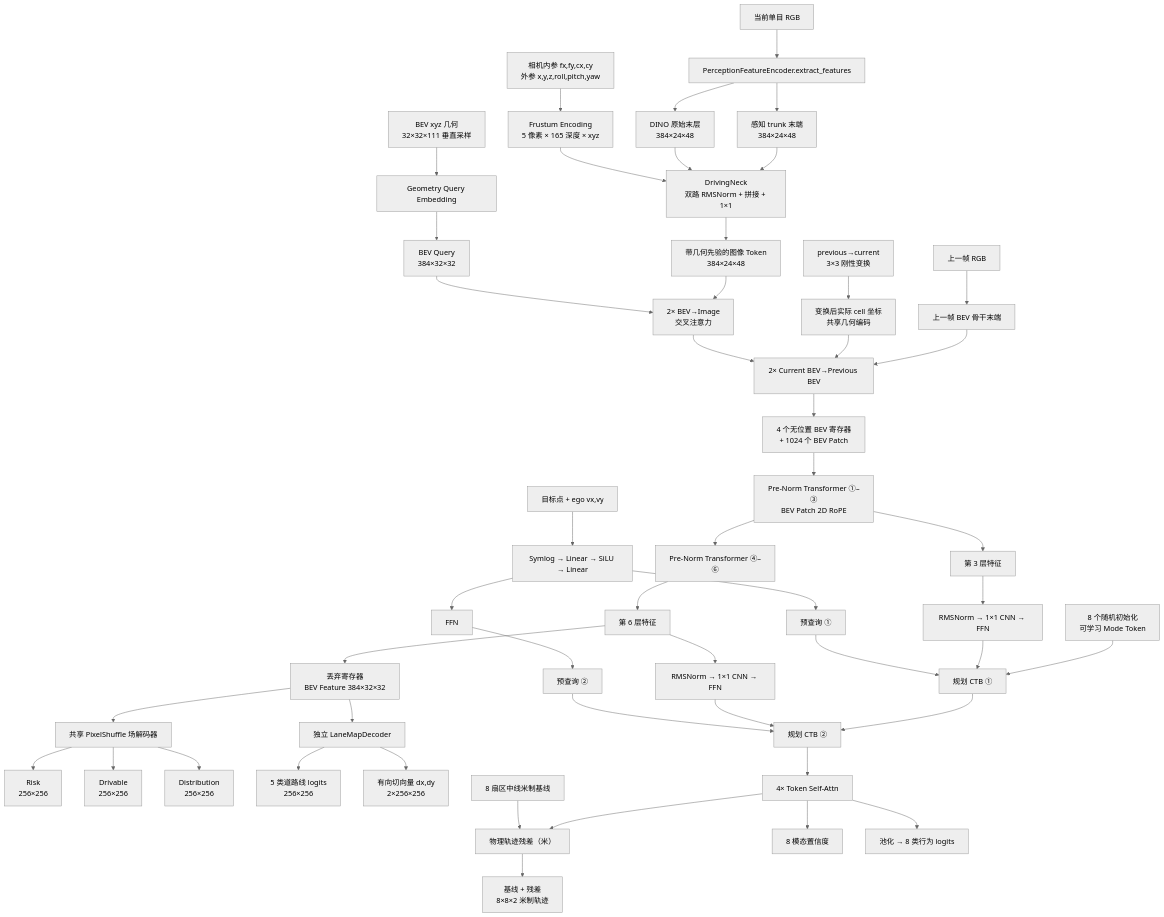
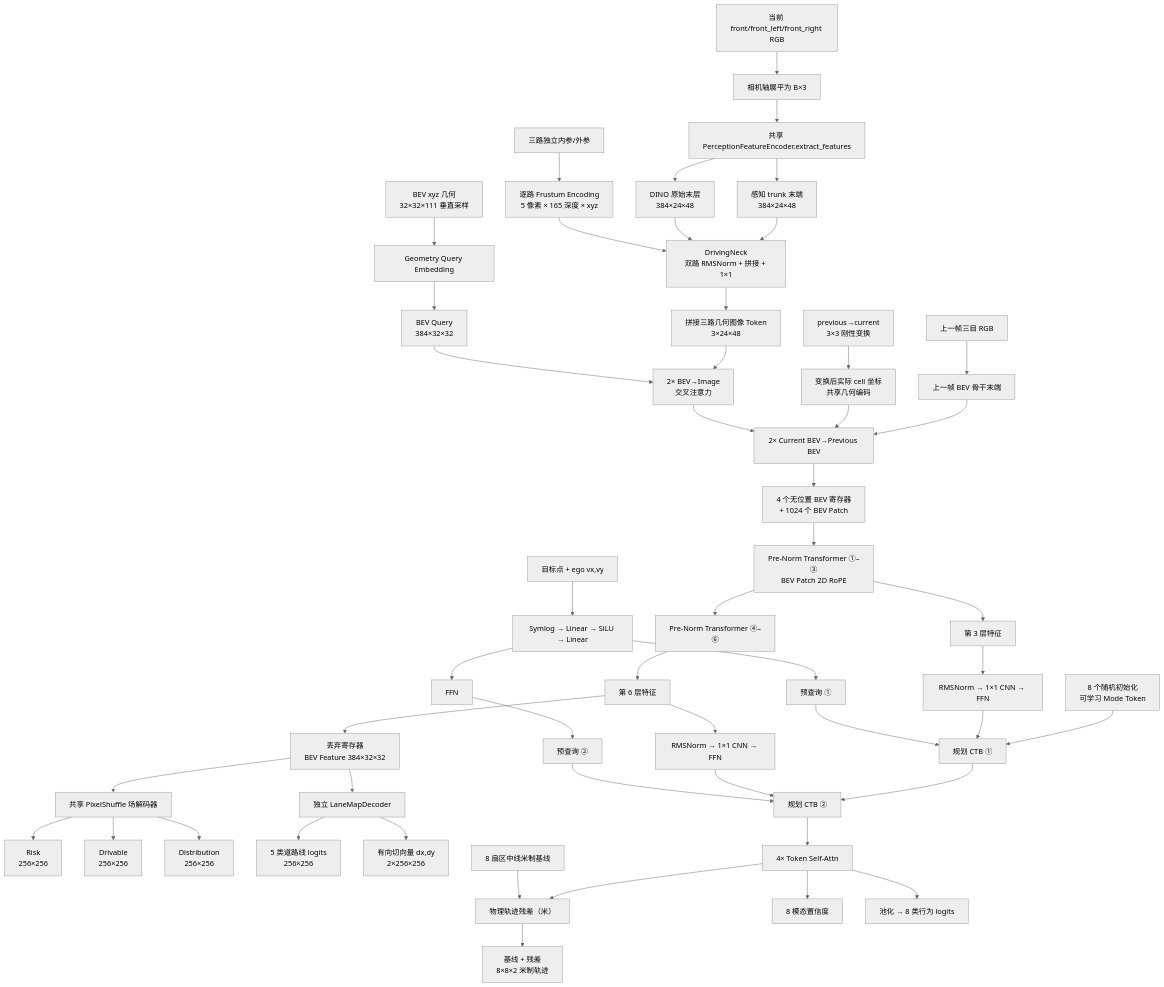
Before and after one commit to ByteDriveTeam/ByteDrive-Toy: the fourth of 9 diagrams in README.md, drawn with Mermaid (neutral theme). The commit also changed other lines of this file and 27 other files, not shown here.

````diff
--- a/README.md
+++ b/README.md
@@ -304,52 +305,53 @@
 ```mermaid
 flowchart TB
-    RGB["当前单目 RGB"] --> P["PerceptionFeatureEncoder.extract_features"]
+    RGB["当前 front/front_left/front_right RGB"] --> FLAT["相机轴展平为 B×3"]
+    FLAT --> P["共享 PerceptionFeatureEncoder.extract_features"]
     P --> T["感知 trunk 末端<br/>384×24×48"]
     P --> R["DINO 原始末层<br/>384×24×48"]
 
     T --> NECK["DrivingNeck<br/>双路 RMSNorm + 拼接 + 1×1"]
     R --> NECK
-    CALIB["相机内参 fx,fy,cx,cy<br/>外参 x,y,z,roll,pitch,yaw"] --> FR["Frustum Encoding<br/>5 像素 × 165 深度 × xyz"]
+    CALIB["三路独立内参/外参"] --> FR["逐路 Frustum Encoding<br/>5 像素 × 165 深度 × xyz"]
     FR --> NECK
-    NECK --> IMG["带几何先验的图像 Token<br/>384×24×48"]
+    NECK --> IMG["拼接三路几何图像 Token<br/>3×24×48"]
 
     GRID["BEV xyz 几何<br/>32×32×111 垂直采样"] --> QUERY["Geometry Query Embedding"]
     QUERY --> BEVQ["BEV Query<br/>384×32×32"]
     IMG --> CROSS["2× BEV→Image<br/>交叉注意力"]
     BEVQ --> CROSS
-    PRGB["上一帧 RGB"] --> PBEV["上一帧 BEV 骨干末端"]
+    PRGB["上一帧三目 RGB"] --> PBEV["上一帧 BEV 骨干末端"]
     TF["previous→current<br/>3×3 刚性变换"] --> PGEOM["变换后实际 cell 坐标<br/>共享几何编码"]
     PBEV --> TCROSS["2× Current BEV→Previous BEV"]
     PGEOM --> TCROSS
     CROSS --> TCROSS --> SEQ["4 个无位置 BEV 寄存器<br/>+ 1024 个 BEV Patch"]
     SEQ --> TRANS3["Pre-Norm Transformer ①–③<br/>BEV Patch 2D RoPE"]
     TRANS3 --> F3["第 3 层特征"]
     TRANS3 --> TRANS6["Pre-Norm Transformer ④–⑥"]
     TRANS6 --> F6["第 6 层特征"]
     F6 --> BEV["丢弃寄存器<br/>BEV Feature 384×32×32"]
 
     BEV --> FIELD["共享 PixelShuffle 场解码器"]
     FIELD --> RISK["Risk<br/>256×256"]
     FIELD --> DRIVE["Drivable<br/>256×256"]
     FIELD --> DIST["Distribution<br/>256×256"]
 
     BEV --> LANE["独立 LaneMapDecoder"]
     LANE --> LCLS["5 类道路线 logits<br/>256×256"]
     LANE --> LDIR["有向切向量 dx,dy<br/>2×256×256"]
 
     COND["目标点 + ego vx,vy"] --> SYM["Symlog → Linear → SiLU → Linear"]
     SYM --> Q1["预查询 ①"]
     SYM --> PPN["FFN"] --> Q2["预查询 ②"]
     MODE["8 个随机初始化<br/>可学习 Mode Token"] --> CTB1["规划 CTB ①"]
     F3 --> A1["RMSNorm → 1×1 CNN → FFN"] --> CTB1
     Q1 --> CTB1
     CTB1 --> CTB2["规划 CTB ②"]
     F6 --> A2["RMSNorm → 1×1 CNN → FFN"] --> CTB2
     Q2 --> CTB2
     CTB2 --> PTB["4× Token Self-Attn"]
     PTB --> RES["物理轨迹残差（米）"]
     BASE["8 扇区中线米制基线"] --> RES
     RES --> TRAJ["基线 + 残差<br/>8×8×2 米制轨迹"]
     PTB --> CONF["8 模态置信度"]
     PTB --> ACT["池化 → 8 类行为 logits"]
 ```
````
